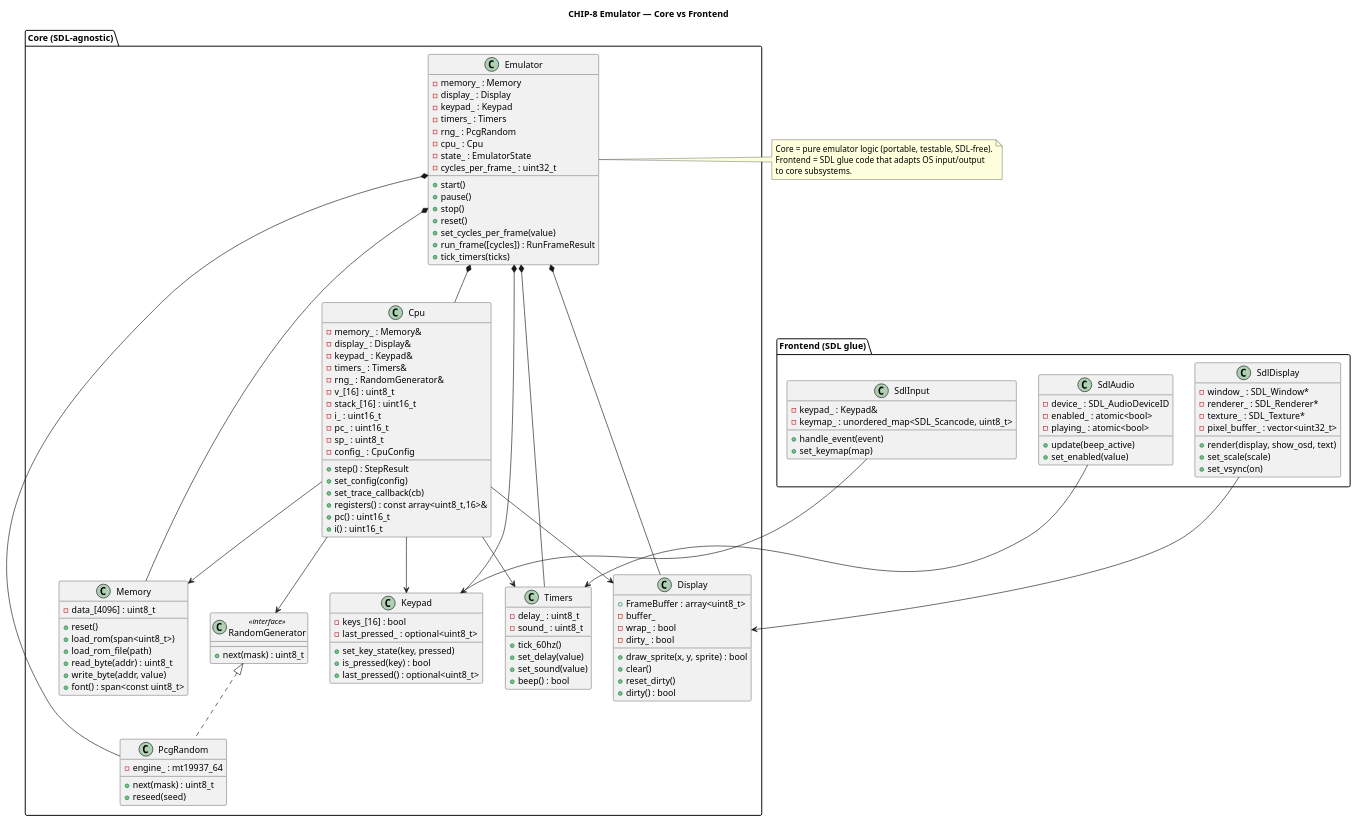
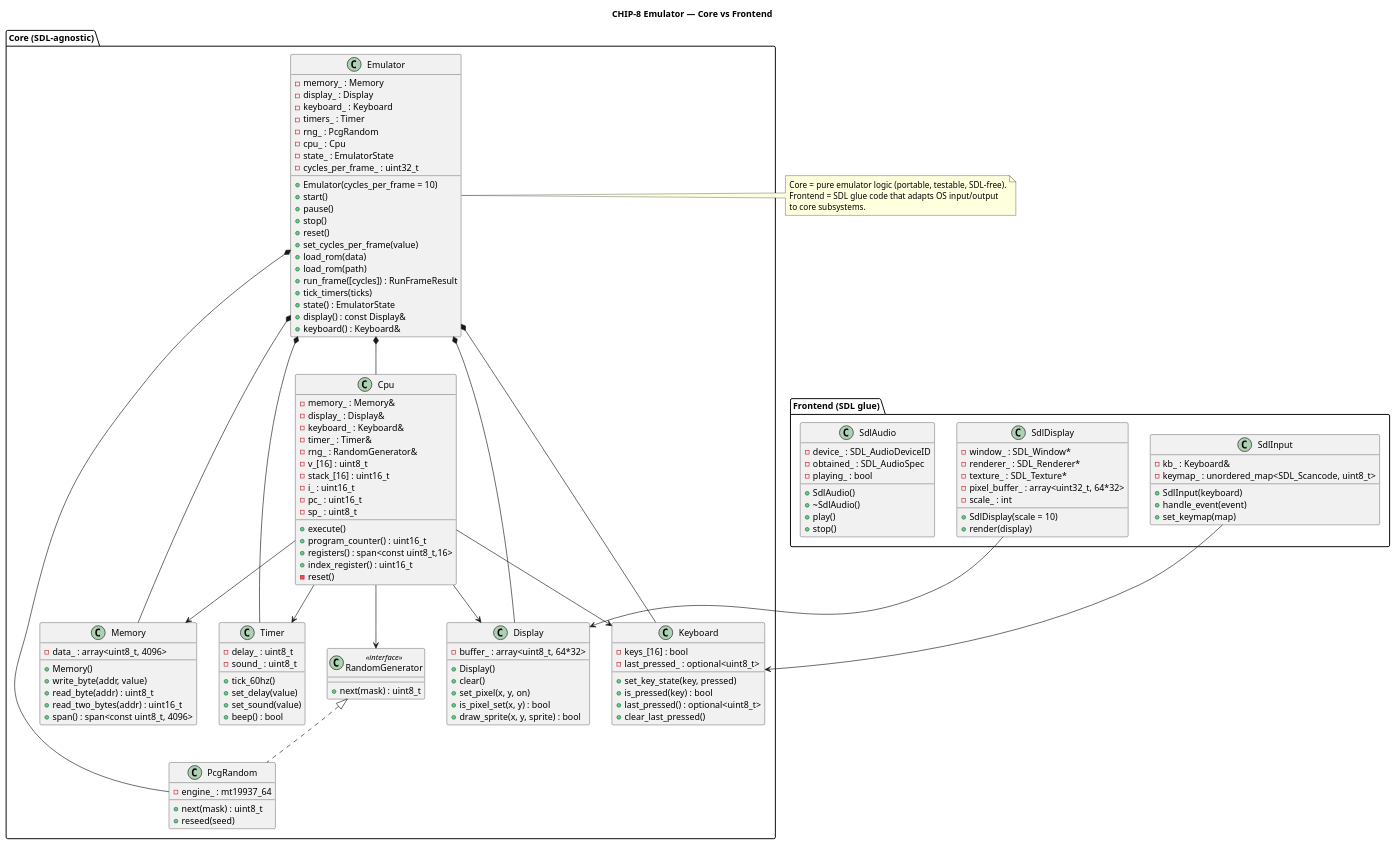
The diagram in docs/class_diagram.puml (mrezabayat/chip8-emulator-cpp), drawn with PlantUML before and after one commit. The commit also changed 1 other file, not shown here.

```diff
--- a/docs/class_diagram.puml
+++ b/docs/class_diagram.puml
@@ -1,145 +1,149 @@
 @startuml
 title CHIP-8 Emulator — Core vs Frontend
 
 package "Core (SDL-agnostic)" {
   class Memory {
-    - data_[4096] : uint8_t
-    + reset()
-    + load_rom(span<uint8_t>)
-    + load_rom_file(path)
+    - data_ : array<uint8_t, 4096>
+    + Memory()
+    + write_byte(addr, value)
     + read_byte(addr) : uint8_t
-    + write_byte(addr, value)
-    + font() : span<const uint8_t>
+    + read_two_bytes(addr) : uint16_t
+    + span() : span<const uint8_t, 4096>
   }
 
   class Display {
-    + FrameBuffer : array<uint8_t>
-    - buffer_
-    - wrap_ : bool
-    - dirty_ : bool
+    - buffer_ : array<uint8_t, 64*32>
+    + Display()
+    + clear()
+    + set_pixel(x, y, on)
+    + is_pixel_set(x, y) : bool
     + draw_sprite(x, y, sprite) : bool
-    + clear()
-    + reset_dirty()
-    + dirty() : bool
   }
 
-  class Keypad {
+  class Keyboard {
     - keys_[16] : bool
     - last_pressed_ : optional<uint8_t>
     + set_key_state(key, pressed)
     + is_pressed(key) : bool
     + last_pressed() : optional<uint8_t>
+    + clear_last_pressed()
   }
 
-  class Timers {
+  class Timer {
     - delay_ : uint8_t
     - sound_ : uint8_t
     + tick_60hz()
     + set_delay(value)
     + set_sound(value)
     + beep() : bool
   }
 
   class RandomGenerator <<interface>> {
     + next(mask) : uint8_t
   }
 
   class PcgRandom {
     - engine_ : mt19937_64
     + next(mask) : uint8_t
     + reseed(seed)
   }
   RandomGenerator <|.. PcgRandom
 
   class Cpu {
     - memory_ : Memory&
     - display_ : Display&
-    - keypad_ : Keypad&
-    - timers_ : Timers&
+    - keyboard_ : Keyboard&
+    - timer_ : Timer&
     - rng_ : RandomGenerator&
     - v_[16] : uint8_t
     - stack_[16] : uint16_t
     - i_ : uint16_t
     - pc_ : uint16_t
     - sp_ : uint8_t
-    - config_ : CpuConfig
-    + step() : StepResult
-    + set_config(config)
-    + set_trace_callback(cb)
-    + registers() : const array<uint8_t,16>&
-    + pc() : uint16_t
-    + i() : uint16_t
+    + execute()
+    + program_counter() : uint16_t
+    + registers() : span<const uint8_t,16>
+    + index_register() : uint16_t
+    - reset()
   }
 
   class Emulator {
     - memory_ : Memory
     - display_ : Display
-    - keypad_ : Keypad
-    - timers_ : Timers
+    - keyboard_ : Keyboard
+    - timers_ : Timer
     - rng_ : PcgRandom
     - cpu_ : Cpu
     - state_ : EmulatorState
     - cycles_per_frame_ : uint32_t
+    + Emulator(cycles_per_frame = 10)
     + start()
     + pause()
     + stop()
     + reset()
     + set_cycles_per_frame(value)
+    + load_rom(data)
+    + load_rom(path)
     + run_frame([cycles]) : RunFrameResult
     + tick_timers(ticks)
+    + state() : EmulatorState
+    + display() : const Display&
+    + keyboard() : Keyboard&
   }
 
   ' CPU directly uses core subsystems:
   Cpu --> Memory
   Cpu --> Display
-  Cpu --> Keypad
-  Cpu --> Timers
+  Cpu --> Keyboard
+  Cpu --> Timer
   Cpu --> RandomGenerator
 
   ' Emulator owns the subsystems and CPU:
   Emulator *-- Memory
   Emulator *-- Display
-  Emulator *-- Keypad
-  Emulator *-- Timers
+  Emulator *-- Keyboard
+  Emulator *-- Timer
   Emulator *-- PcgRandom
   Emulator *-- Cpu
 }
 
 package "Frontend (SDL glue)" {
   class SdlDisplay {
     - window_ : SDL_Window*
     - renderer_ : SDL_Renderer*
     - texture_ : SDL_Texture*
-    - pixel_buffer_ : vector<uint32_t>
-    + render(display, show_osd, text)
-    + set_scale(scale)
-    + set_vsync(on)
+    - pixel_buffer_ : array<uint32_t, 64*32>
+    - scale_ : int
+    + SdlDisplay(scale = 10)
+    + render(display)
   }
 
   class SdlInput {
-    - keypad_ : Keypad&
+    - kb_ : Keyboard&
     - keymap_ : unordered_map<SDL_Scancode, uint8_t>
+    + SdlInput(keyboard)
     + handle_event(event)
     + set_keymap(map)
   }
 
   class SdlAudio {
     - device_ : SDL_AudioDeviceID
-    - enabled_ : atomic<bool>
-    - playing_ : atomic<bool>
-    + update(beep_active)
-    + set_enabled(value)
+    - obtained_ : SDL_AudioSpec
+    - playing_ : bool
+    + SdlAudio()
+    + ~SdlAudio()
+    + play()
+    + stop()
   }
 
   ' Frontend integrates with Core
   SdlDisplay --> Display
-  SdlInput --> Keypad
-  SdlAudio --> Timers
+  SdlInput --> Keyboard
 }
 
 note right of Emulator
 Core = pure emulator logic (portable, testable, SDL-free).
 Frontend = SDL glue code that adapts OS input/output
 to core subsystems.
 end note
 @enduml
```
